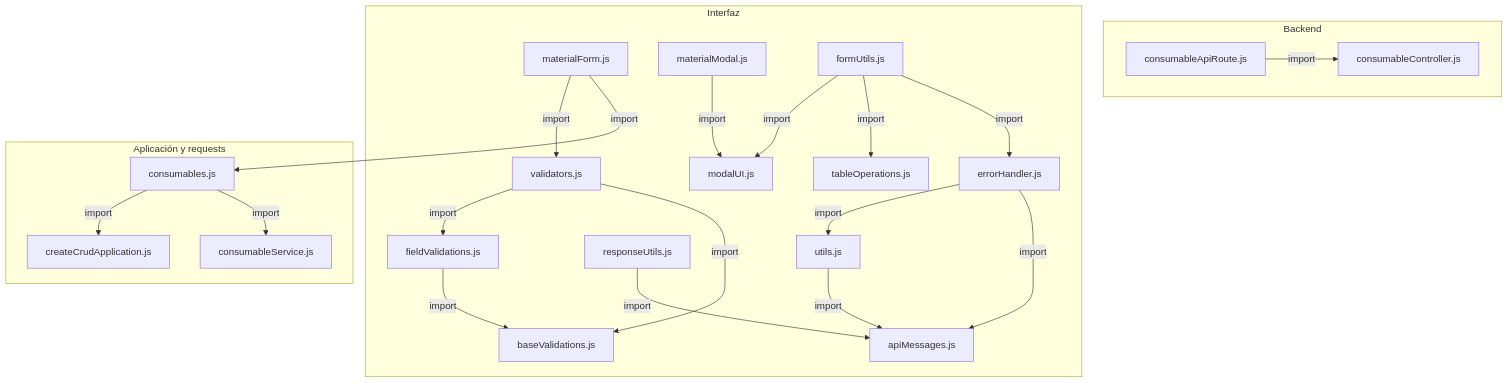
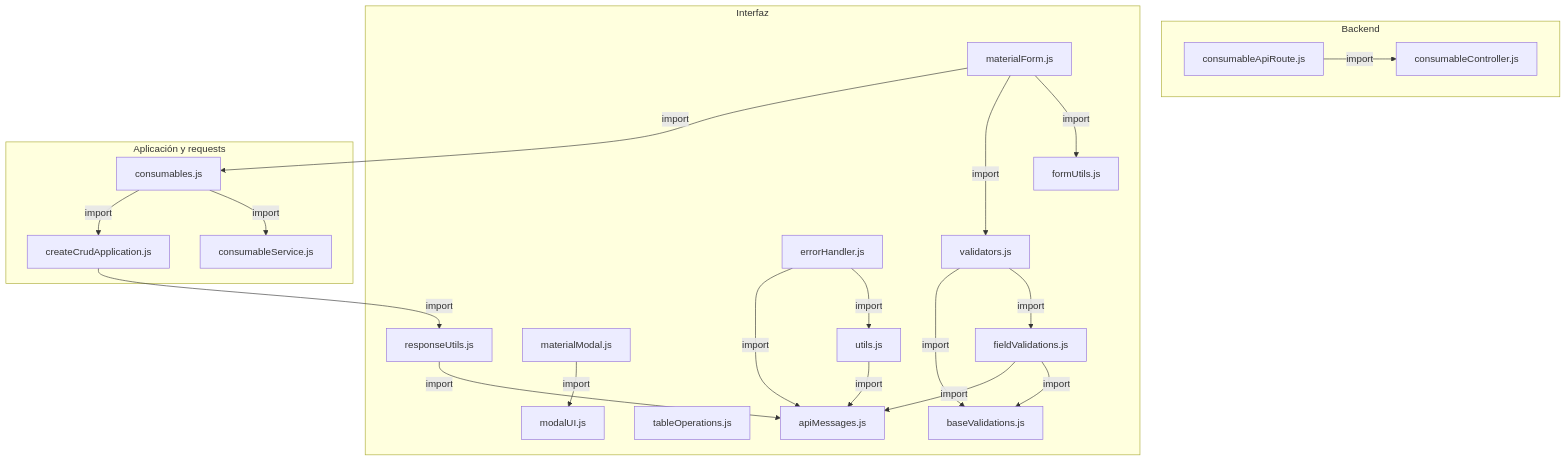
Before and after one commit to gpgsistemas01/nexus: the first of 3 diagrams in docs/architecture/views/processes/frontend-code-sequences/catalogs/cu-alm-18.md, drawn with Mermaid. The commit also changed other lines of this file and 200 other files, not shown here.

````diff
--- a/docs/architecture/views/processes/frontend-code-sequences/catalogs/cu-alm-18.md
+++ b/docs/architecture/views/processes/frontend-code-sequences/catalogs/cu-alm-18.md
@@ -57,42 +57,42 @@
 ```mermaid
 flowchart TB
     subgraph Component0["Backend"]
         FileConsumableController["consumableController.js"]
         Transport["consumableApiRoute.js"]
     end
     subgraph Component1["Interfaz"]
         FileErrorHandler["errorHandler.js"]
         FileUtils["utils.js"]
         FileApiMessages["apiMessages.js"]
         View["materialForm.js"]
         Modal["materialModal.js"]
         FileTableOperations["tableOperations.js"]
         FileModalUI["modalUI.js"]
         FormUtils["formUtils.js"]
         FileResponseUtils["responseUtils.js"]
         FileBaseValidations["baseValidations.js"]
         FileFieldValidations["fieldValidations.js"]
         FileValidators["validators.js"]
     end
     subgraph Component2["Aplicación y requests"]
         Application["createCrudApplication.js"]
         FileConsumables["consumables.js"]
         Request["consumableService.js"]
     end
+    Application -->|import| FileResponseUtils
+    FileConsumables -->|import| Application
+    FileConsumables -->|import| Request
     FileErrorHandler -->|import| FileApiMessages
     FileErrorHandler -->|import| FileUtils
+    FileFieldValidations -->|import| FileApiMessages
+    FileFieldValidations -->|import| FileBaseValidations
+    FileResponseUtils -->|import| FileApiMessages
     FileUtils -->|import| FileApiMessages
-    FileConsumables -->|import| Request
-    FileConsumables -->|import| Application
+    FileValidators -->|import| FileBaseValidations
+    FileValidators -->|import| FileFieldValidations
+    Modal -->|import| FileModalUI
+    Transport -->|import| FileConsumableController
     View -->|import| FileConsumables
     View -->|import| FileValidators
-    Modal -->|import| FileModalUI
-    FormUtils -->|import| FileErrorHandler
-    FormUtils -->|import| FileTableOperations
-    FormUtils -->|import| FileModalUI
-    FileResponseUtils -->|import| FileApiMessages
-    FileFieldValidations -->|import| FileBaseValidations
-    FileValidators -->|import| FileBaseValidations
-    FileValidators -->|import| FileFieldValidations
-    Transport -->|import| FileConsumableController
+    View -->|import| FormUtils
 ```
````
